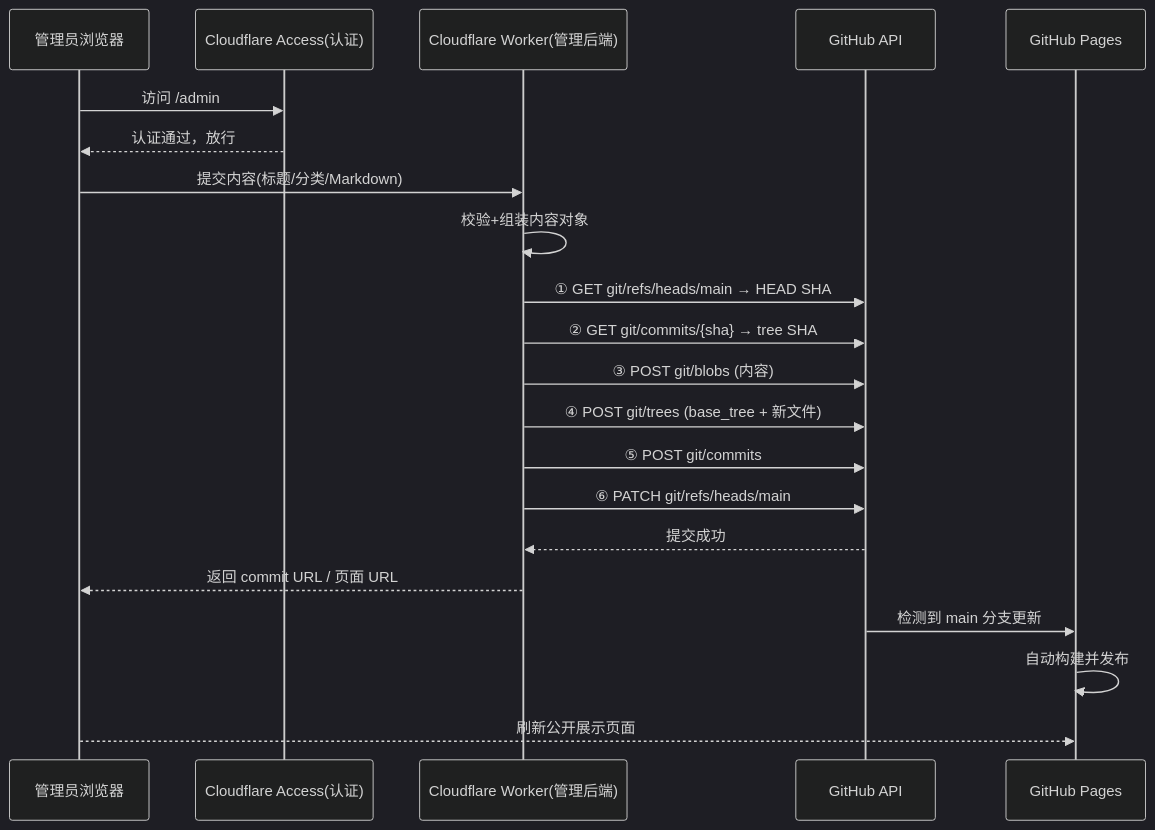
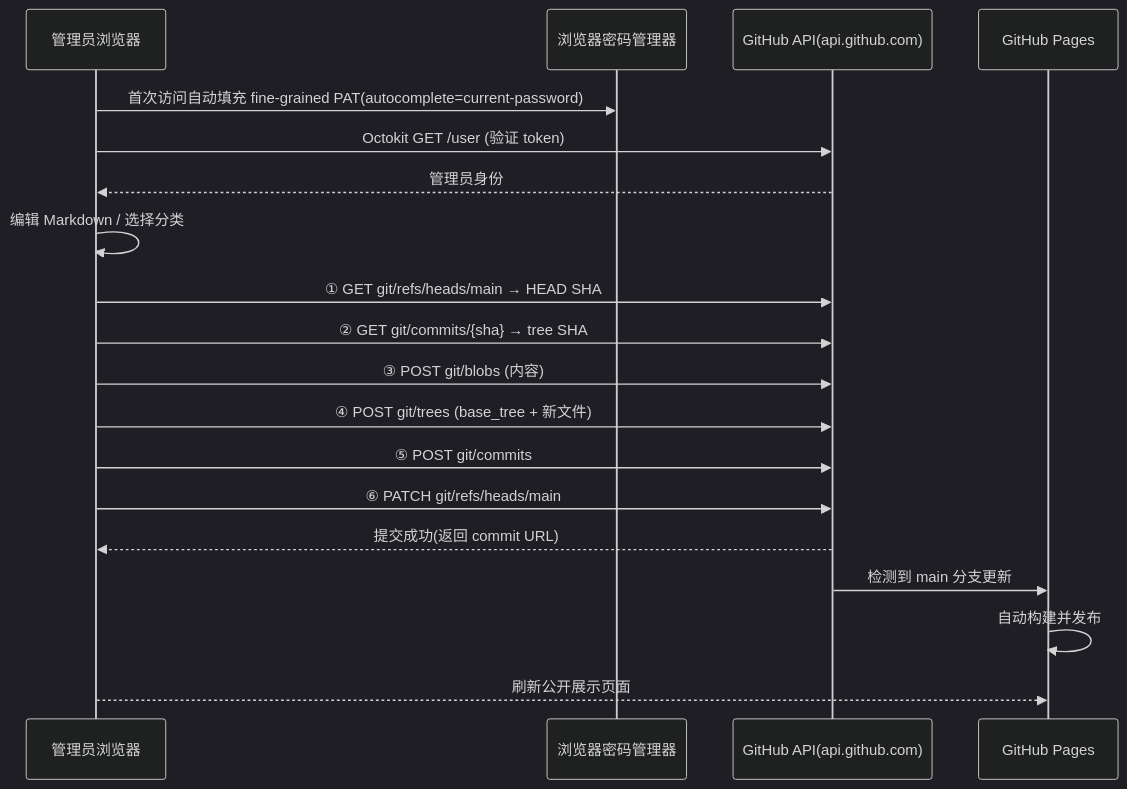
Before and after one commit to idealisan/real-life-notes: the first of 2 diagrams in system-design.md, drawn with Mermaid (dark theme). The commit also changed other lines of this file and 2 other files, not shown here.

Commit message:
docs: 转向纯静态方案，token 存浏览器密码管理器，前端直调 GitHub API

````diff
--- a/system-design.md
+++ b/system-design.md
@@ -36,24 +39,22 @@
 ```mermaid
 sequenceDiagram
     participant Admin as 管理员浏览器
-    participant CF as Cloudflare Access(认证)
-    participant W as Cloudflare Worker(管理后端)
-    participant GH as GitHub API
+    participant PM as 浏览器密码管理器
+    participant GH as GitHub API(api.github.com)
     participant Pages as GitHub Pages
 
-    Admin->>CF: 访问 /admin
-    CF-->>Admin: 认证通过，放行
-    Admin->>W: 提交内容(标题/分类/Markdown)
-    W->>W: 校验+组装内容对象
-    W->>GH: ① GET git/refs/heads/main → HEAD SHA
-    W->>GH: ② GET git/commits/{sha} → tree SHA
-    W->>GH: ③ POST git/blobs (内容)
-    W->>GH: ④ POST git/trees (base_tree + 新文件)
-    W->>GH: ⑤ POST git/commits
-    W->>GH: ⑥ PATCH git/refs/heads/main
-    GH-->>W: 提交成功
-    W-->>Admin: 返回 commit URL / 页面 URL
+    Admin->>PM: 首次访问自动填充 fine-grained PAT(autocomplete=current-password)
+    Admin->>GH: Octokit GET /user (验证 token)
+    GH-->>Admin: 管理员身份
+    Admin->>Admin: 编辑 Markdown / 选择分类
+    Admin->>GH: ① GET git/refs/heads/main → HEAD SHA
+    Admin->>GH: ② GET git/commits/{sha} → tree SHA
+    Admin->>GH: ③ POST git/blobs (内容)
+    Admin->>GH: ④ POST git/trees (base_tree + 新文件)
+    Admin->>GH: ⑤ POST git/commits
+    Admin->>GH: ⑥ PATCH git/refs/heads/main
+    GH-->>Admin: 提交成功(返回 commit URL)
     GH->>Pages: 检测到 main 分支更新
     Pages->>Pages: 自动构建并发布
     Admin-->>Pages: 刷新公开展示页面
 ```
````
